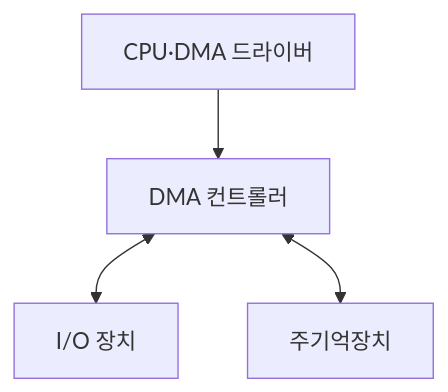
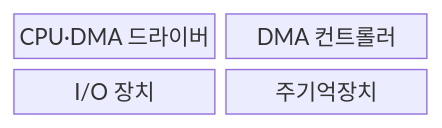
One commit to agnusdei1207/knowledge-base changed the first of 2 diagrams in src/content/docs/notes/02-hardware/035_dma.md. Above: the diagram before and after it, drawn with Mermaid. The commit also changed other lines of this file and 20 other files, not shown here.

````diff
--- a/src/content/docs/notes/02-hardware/035_dma.md
+++ b/src/content/docs/notes/02-hardware/035_dma.md
@@ -65,6 +63,8 @@
 ```mermaid
-flowchart TB
-    C["CPU·DMA 드라이버"] --> D["DMA 컨트롤러"]
-    D <--> I["I/O 장치"]
-    D <--> M["주기억장치"]
+block
+    columns 2
+    C["CPU·DMA 드라이버"]
+    D["DMA 컨트롤러"]
+    I["I/O 장치"]
+    M["주기억장치"]
 ```
````
